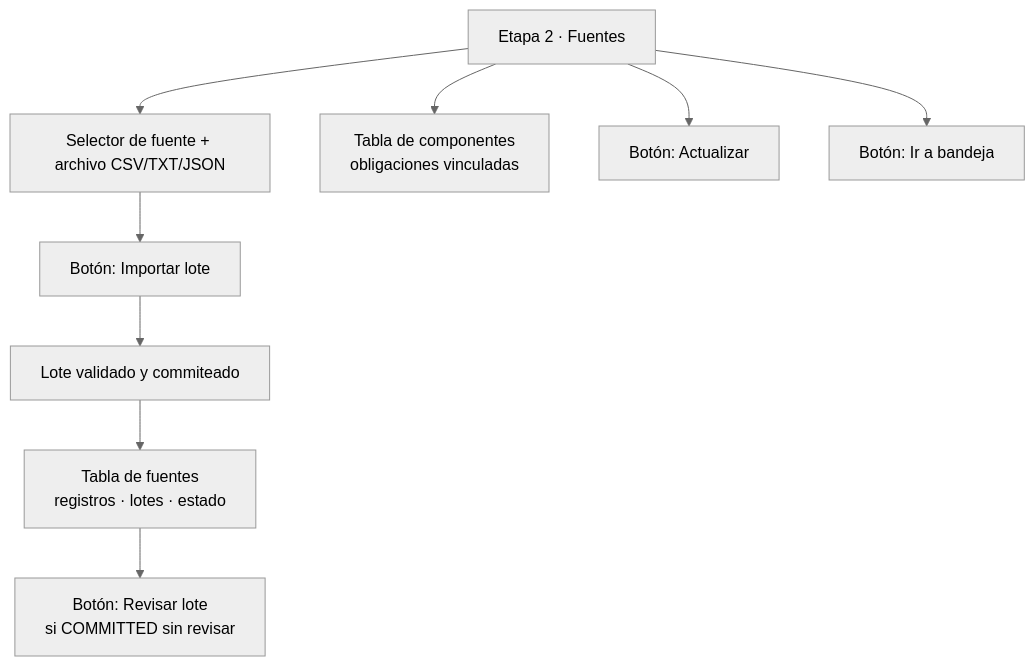
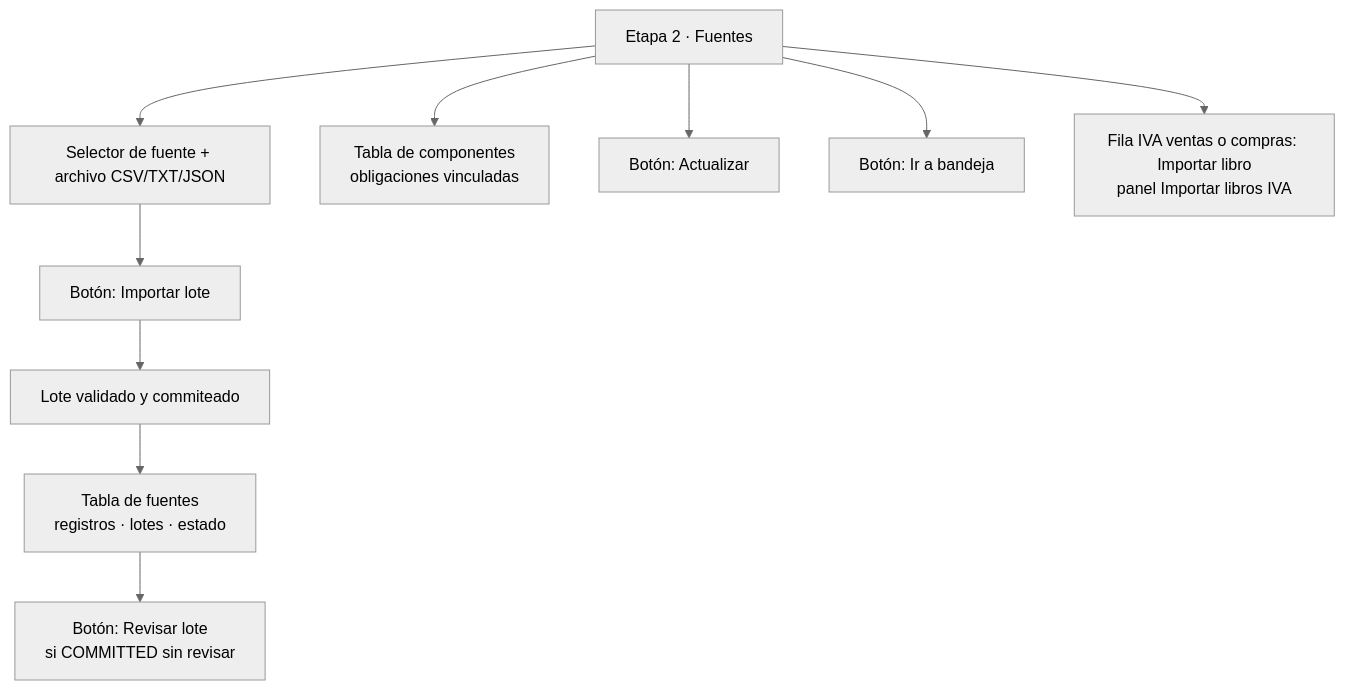
Before and after one commit to TataInti/contable: the fourth of 10 diagrams in docs/flujograma-expediente-mensual.md, drawn with Mermaid (neutral theme). The commit also changed other lines of this file, not shown here.

````diff
--- a/docs/flujograma-expediente-mensual.md
+++ b/docs/flujograma-expediente-mensual.md
@@ -90,11 +89,12 @@
 ```mermaid
 flowchart TD
     A[Etapa 2 · Fuentes] --> B[Selector de fuente + archivo CSV/TXT/JSON]
     B --> C[Botón: Importar lote]
     C --> D[Lote validado y commiteado]
     D --> E[Tabla de fuentes<br/>registros · lotes · estado]
     E --> F[Botón: Revisar lote<br/>si COMMITTED sin revisar]
     A --> G[Tabla de componentes<br/>obligaciones vinculadas]
     A --> H[Botón: Actualizar]
     A --> I[Botón: Ir a bandeja]
+    A --> J[Fila IVA ventas o compras: Importar libro<br/>panel Importar libros IVA]
 ```
````
